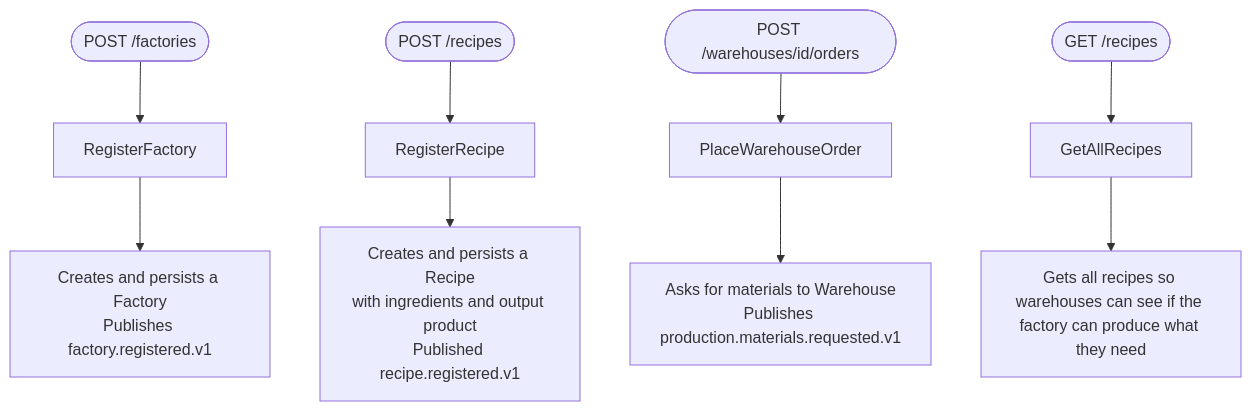
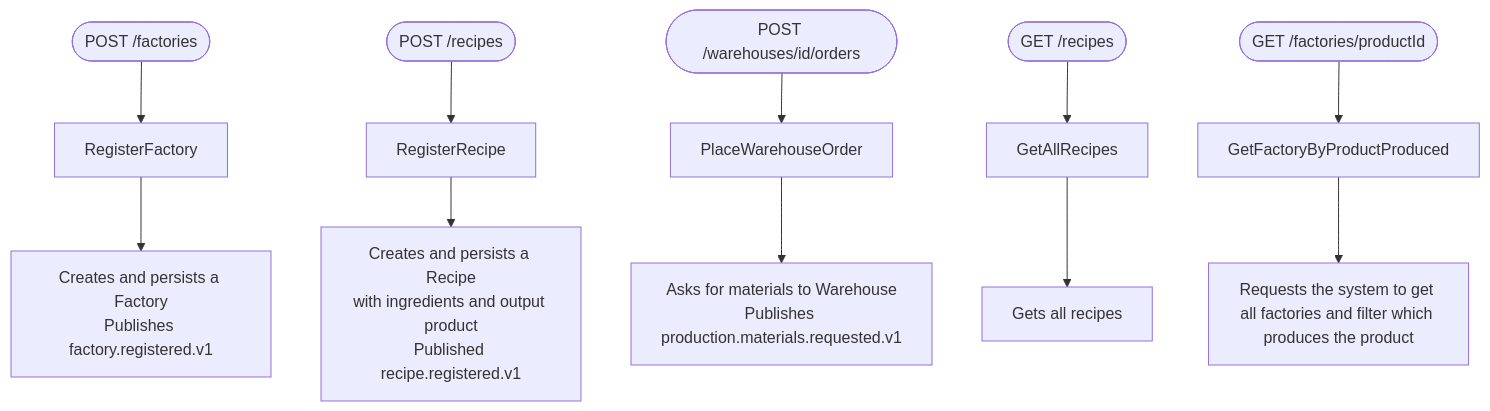
The second of 4 diagrams in production/ddd.md (PauLopNun/workshop-suministros), drawn with Mermaid before and after one commit. The commit also changed other lines of this file, not shown here.

Commit message:
docs: update with new info

````diff
--- a/production/ddd.md
+++ b/production/ddd.md
@@ -164,11 +166,13 @@
 ```mermaid
 flowchart TD
     UC1([POST /factories]) --> A1[RegisterFactory]
     A1 --> A2[Creates and persists a Factory\nPublishes factory.registered.v1]
     UC2([POST /recipes]) --> B1[RegisterRecipe]
     B1 --> B2[Creates and persists a Recipe\nwith ingredients and output product\nPublished recipe.registered.v1]
     UC3([POST /warehouses/id/orders]) --> C1[PlaceWarehouseOrder]
     C1 --> C2[Asks for materials to Warehouse\nPublishes production.materials.requested.v1]
     UC4([GET /recipes]) --> D1[GetAllRecipes]
-    D1 --> D2[Gets all recipes so warehouses can see if the factory can produce what they need]
+    D1 --> D2[Gets all recipes]
+    UC5([GET /factories/productId]) --> E1[GetFactoryByProductProduced]
+    E1 --> E2[Requests the system to get all factories and filter which produces the product]
 ```
````
